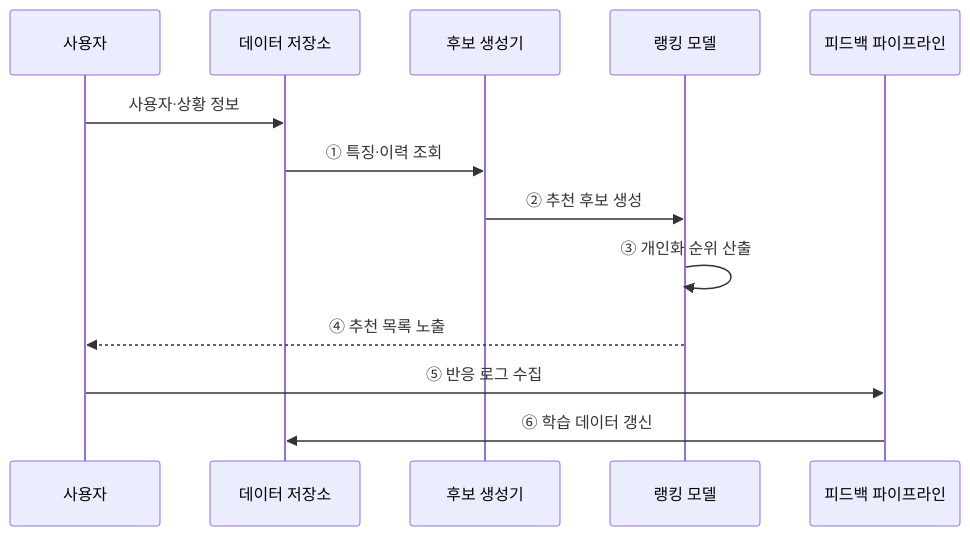
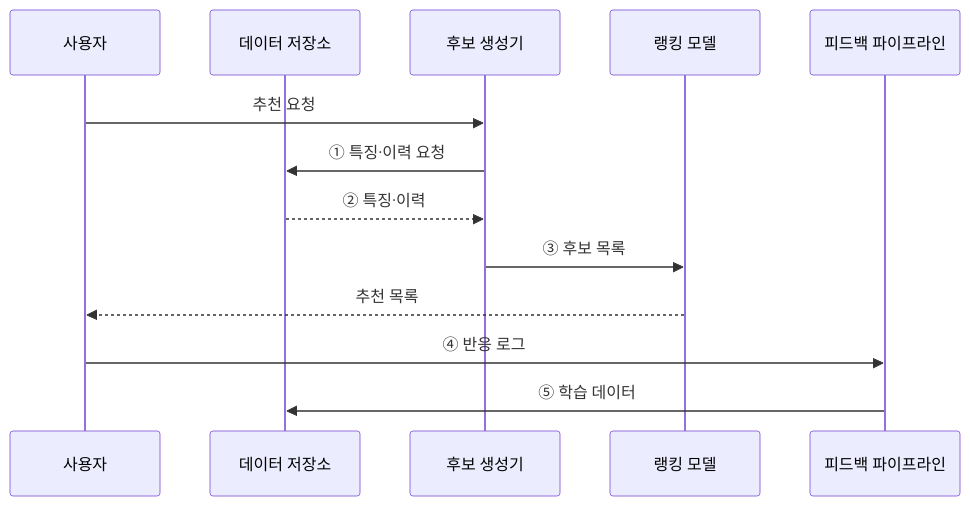
One commit to agnusdei1207/knowledge-base changed the second of 2 diagrams in src/content/docs/notes/01-basic-theory/054_recommendation_system.md. Above: the diagram before and after it, drawn with Mermaid. The commit also changed other lines of this file and 10 other files, not shown here.

````diff
--- a/src/content/docs/notes/01-basic-theory/054_recommendation_system.md
+++ b/src/content/docs/notes/01-basic-theory/054_recommendation_system.md
@@ -94,15 +80,15 @@
 ```mermaid
 sequenceDiagram
     participant U as 사용자
     participant D as 데이터 저장소
     participant C as 후보 생성기
     participant R as 랭킹 모델
     participant P as 피드백 파이프라인
-    U->>D: 사용자·상황 정보
-    D->>C: ① 특징·이력 조회
-    C->>R: ② 추천 후보 생성
-    R->>R: ③ 개인화 순위 산출
-    R-->>U: ④ 추천 목록 노출
-    U->>P: ⑤ 반응 로그 수집
-    P->>D: ⑥ 학습 데이터 갱신
+    U->>C: 추천 요청
+    C->>D: ① 특징·이력 요청
+    D-->>C: ② 특징·이력
+    C->>R: ③ 후보 목록
+    R-->>U: 추천 목록
+    U->>P: ④ 반응 로그
+    P->>D: ⑤ 학습 데이터
 ```
````
